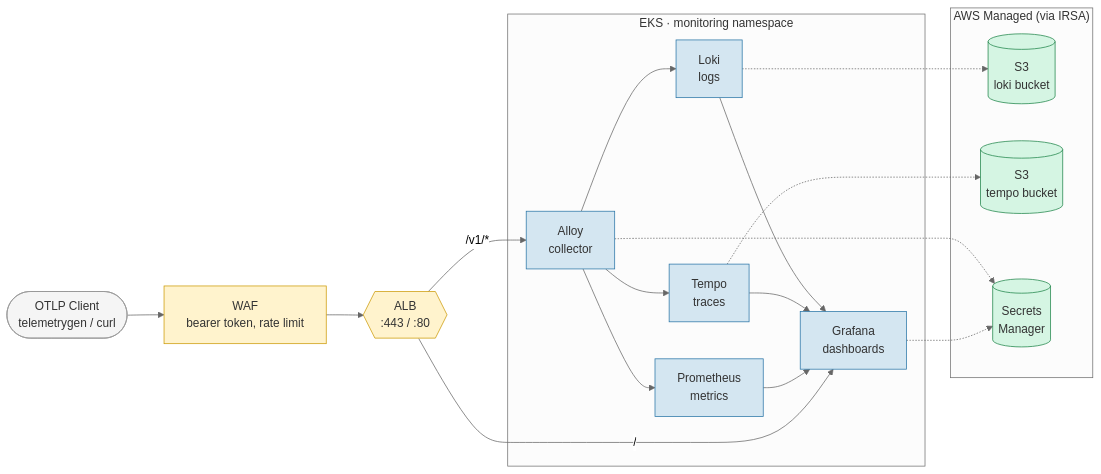
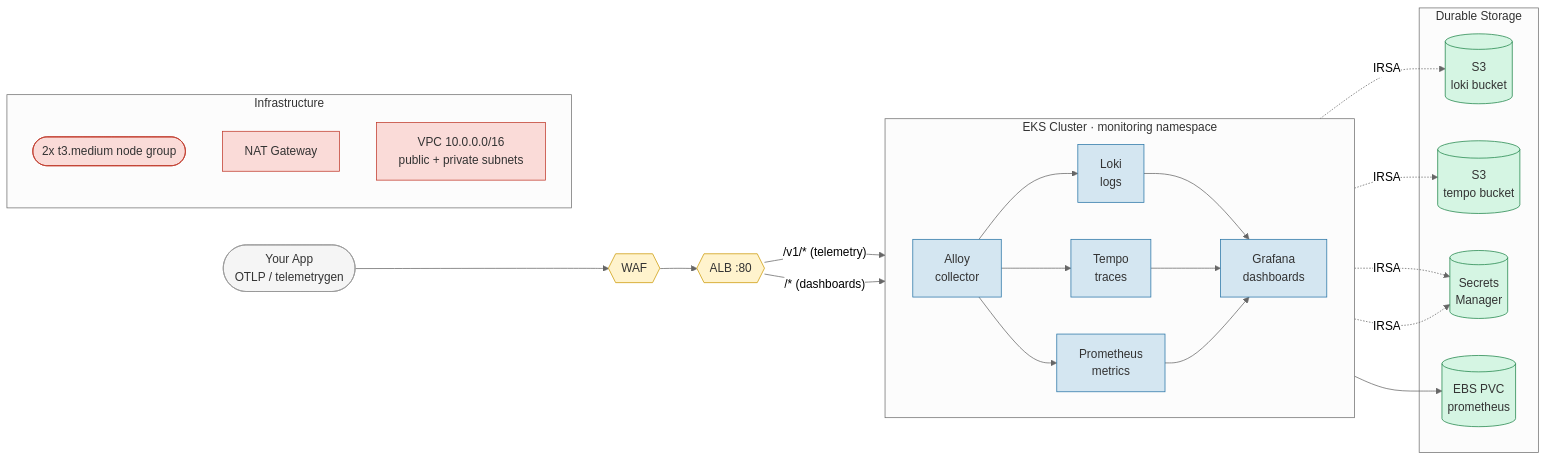
One commit to namhngo/Terraform-infra-setup changed the diagram in observability/README.md. Above: the diagram before and after it, drawn with Mermaid (neutral theme). The commit also changed other lines of this file, not shown here.

Commit message:
docs(observability): redesign architecture diagram for clarity
Replaces the sparse diagram with a full-picture architecture diagram
suitable for someone learning Kubernetes. Changes:

- Left-to-right flow: Client -> WAF -> ALB -> EKS pods -> Storage
- Five color-coded layers: external (gray), edge (yellow), compute
  (blue), networking (red), storage (green)
- Includes everything previously noted as 'omitted for readability':
  VPC with subnets, NAT Gateway, 2x t3.medium node group, EBS PVC
- ALB routing labeled explicitly: /v1/* telemetry path to Alloy,
  everything else to Grafana
- Dotted IRSA arrows from pods to S3/Secrets Manager show how
  Kubernetes pods get AWS permissions (no shared node-level credentials)
- Prometheus -> EBS PVC solid arrow shows direct volume access
- Legend in the paragraph below: solid = live traffic, dotted = IRSA
  IAM, direct-to-PVC = no AWS API

All three roots fmt-clean and validate green.

````diff
--- a/observability/README.md
+++ b/observability/README.md
@@ -15,38 +15,47 @@
 ```mermaid
 flowchart LR
-    Client(["OTLP Client\ntelemetrygen / curl"]):::external
-    WAF["WAF\nbearer token, rate limit"]:::edge
-    ALB{{"ALB\n:443 / :80"}}:::edge
+    Client(["Your App\nOTLP / telemetrygen"]):::ext
 
+    WAF{{"WAF"}}:::edge
+    ALB{{"ALB :80"}}:::edge
     Client --> WAF --> ALB
 
-    subgraph eks["EKS · monitoring namespace"]
+    subgraph EKS["EKS Cluster · monitoring namespace"]
+        direction LR
         Alloy["Alloy\ncollector"]:::compute
         Loki["Loki\nlogs"]:::compute
         Tempo["Tempo\ntraces"]:::compute
         Prom["Prometheus\nmetrics"]:::compute
         Graf["Grafana\ndashboards"]:::compute
-
         Alloy --> Loki & Tempo & Prom
         Loki & Tempo & Prom --> Graf
     end
 
-    ALB -->|/v1/*| Alloy
-    ALB -->|/| Graf
+    ALB -- "/v1/* (telemetry)" --> Alloy
+    ALB -- "/* (dashboards)" --> Graf
 
-    subgraph aws["AWS Managed (via IRSA)"]
+    subgraph infra["Infrastructure"]
+        Nodes(["2x t3.medium node group"]):::net
+        NAT["NAT Gateway"]:::net
+        VPC["VPC 10.0.0.0/16\npublic + private subnets"]:::net
+    end
+
+    subgraph store["Durable Storage"]
         S3L[("S3\nloki bucket")]:::storage
         S3T[("S3\ntempo bucket")]:::storage
-        Secrets[("Secrets\nManager")]:::storage
+        SM[("Secrets\nManager")]:::storage
+        PVC[("EBS PVC\nprometheus")]:::storage
     end
 
-    Loki -.-> S3L
-    Tempo -.-> S3T
-    Alloy -.-> Secrets
-    Graf -.-> Secrets
+    Loki -.IRSA.-> S3L
+    Tempo -.IRSA.-> S3T
+    Alloy -.IRSA.-> SM
+    Graf -.IRSA.-> SM
+    Prom --> PVC
 
-    classDef external fill:#f5f5f5,stroke:#999999,color:#333333
-    classDef edge fill:#fff3cd,stroke:#cc9a06,color:#333333
-    classDef compute fill:#d4e6f1,stroke:#2874a6,color:#333333
-    classDef storage fill:#d5f5e3,stroke:#1e8449,color:#333333
+    classDef ext fill:#f5f5f5,stroke:#999,color:#333
+    classDef edge fill:#fff3cd,stroke:#cc9a06,color:#333
+    classDef compute fill:#d4e6f1,stroke:#2874a6,color:#333
+    classDef net fill:#fadbd8,stroke:#c0392b,color:#333
+    classDef storage fill:#d5f5e3,stroke:#1e8449,color:#333
 ```
````
